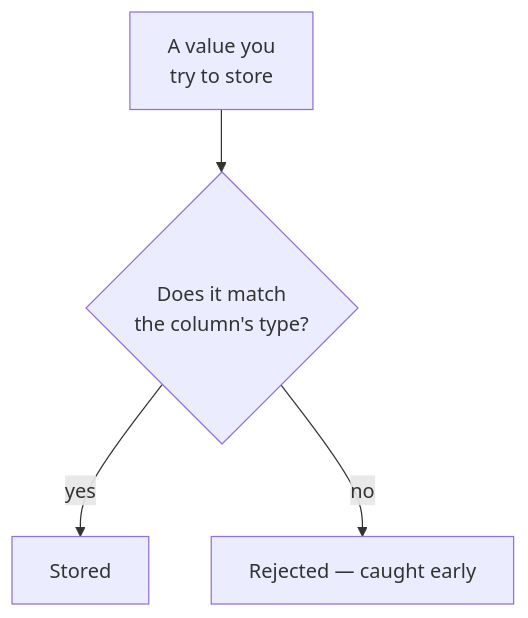
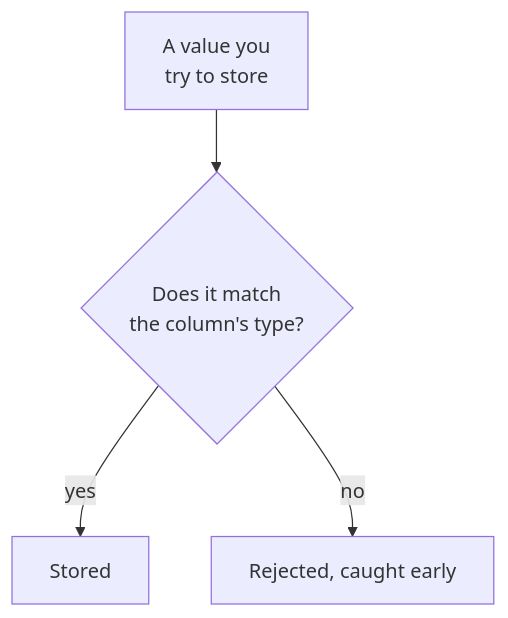
The diagram in content/courses/intro-sql-postgres/data-types.mdx (dataslope/dataslope), drawn with Mermaid before and after one commit. The commit also changed other lines of this file and 1206 other files, not shown here.

````diff
--- a/content/courses/intro-sql-postgres/data-types.mdx
+++ b/content/courses/intro-sql-postgres/data-types.mdx
@@ -48,6 +48,6 @@
 ```mermaid
 flowchart TD
     V["A value you<br/>try to store"] --> T{"Does it match<br/>the column's type?"}
     T -->|"yes"| OK["Stored"]
-    T -->|"no"| NO["Rejected — caught early"]
+    T -->|"no"| NO["Rejected, caught early"]
 ```
````
